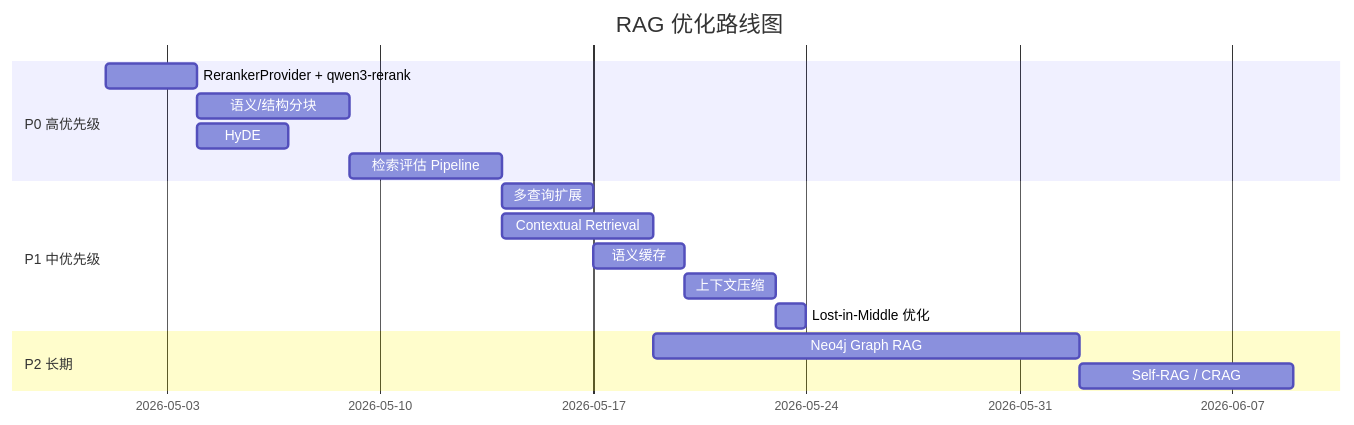
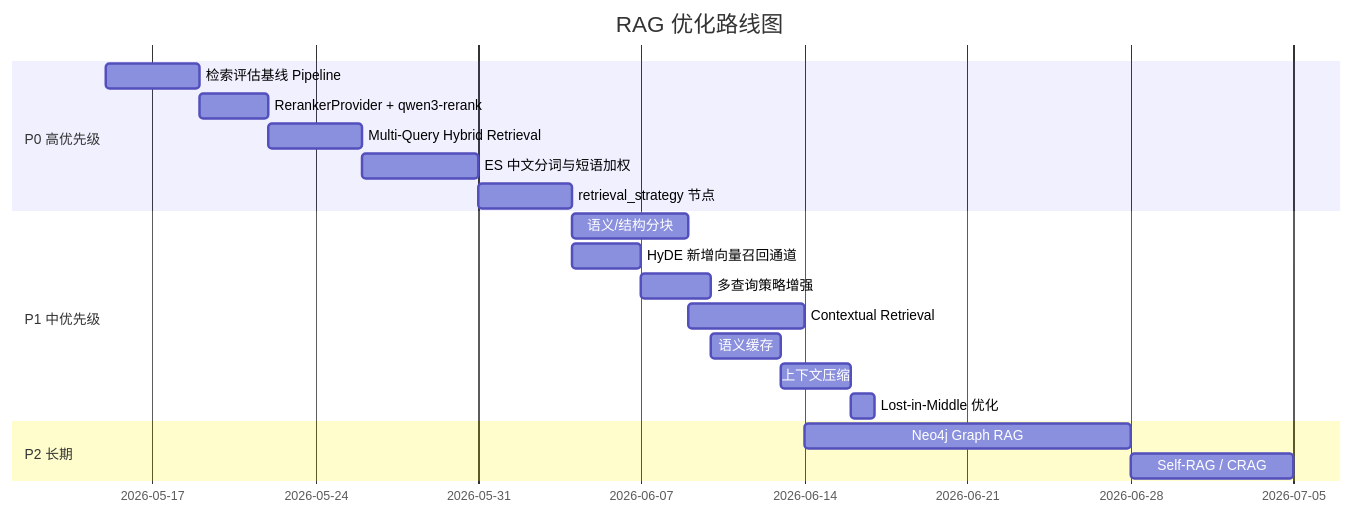
The diagram in digital-human-agent/rag_optimization_plan.md (iceberg211/ai-agent-course-code), drawn with Mermaid before and after one commit. The commit also changed other lines of this file and 41 other files, not shown here.

````diff
--- a/digital-human-agent/rag_optimization_plan.md
+++ b/digital-human-agent/rag_optimization_plan.md
@@ -691,19 +1208,22 @@
 ```mermaid
 gantt
     title RAG 优化路线图
     dateFormat  YYYY-MM-DD
     section P0 高优先级
-    RerankerProvider + qwen3-rerank :p0a, 2026-05-01, 3d
-    语义/结构分块           :p0b, after p0a, 5d
-    HyDE                    :p0c, after p0a, 3d
-    检索评估 Pipeline       :p0d, after p0b, 5d
+    检索评估基线 Pipeline       :p0a, 2026-05-15, 4d
+    RerankerProvider + qwen3-rerank :p0b, after p0a, 3d
+    Multi-Query Hybrid Retrieval :p0c, after p0b, 4d
+    ES 中文分词与短语加权       :p0d, after p0c, 5d
+    retrieval_strategy 节点     :p0e, after p0d, 4d
     section P1 中优先级
-    多查询扩展              :p1a, after p0d, 3d
-    Contextual Retrieval    :p1b, after p0d, 5d
-    语义缓存                :p1c, after p1a, 3d
-    上下文压缩              :p1d, after p1c, 3d
-    Lost-in-Middle 优化     :p1e, after p1d, 1d
+    语义/结构分块              :p1a, after p0e, 5d
+    HyDE 新增向量召回通道       :p1b, after p0e, 3d
+    多查询策略增强             :p1c, after p1b, 3d
+    Contextual Retrieval       :p1d, after p1a, 5d
+    语义缓存                   :p1e, after p1c, 3d
+    上下文压缩                 :p1f, after p1e, 3d
+    Lost-in-Middle 优化        :p1g, after p1f, 1d
     section P2 长期
-    Neo4j Graph RAG          :p2a, after p1b, 14d
-    Self-RAG / CRAG         :p2b, after p2a, 7d
+    Neo4j Graph RAG            :p2a, after p1d, 14d
+    Self-RAG / CRAG            :p2b, after p2a, 7d
 ```
````
